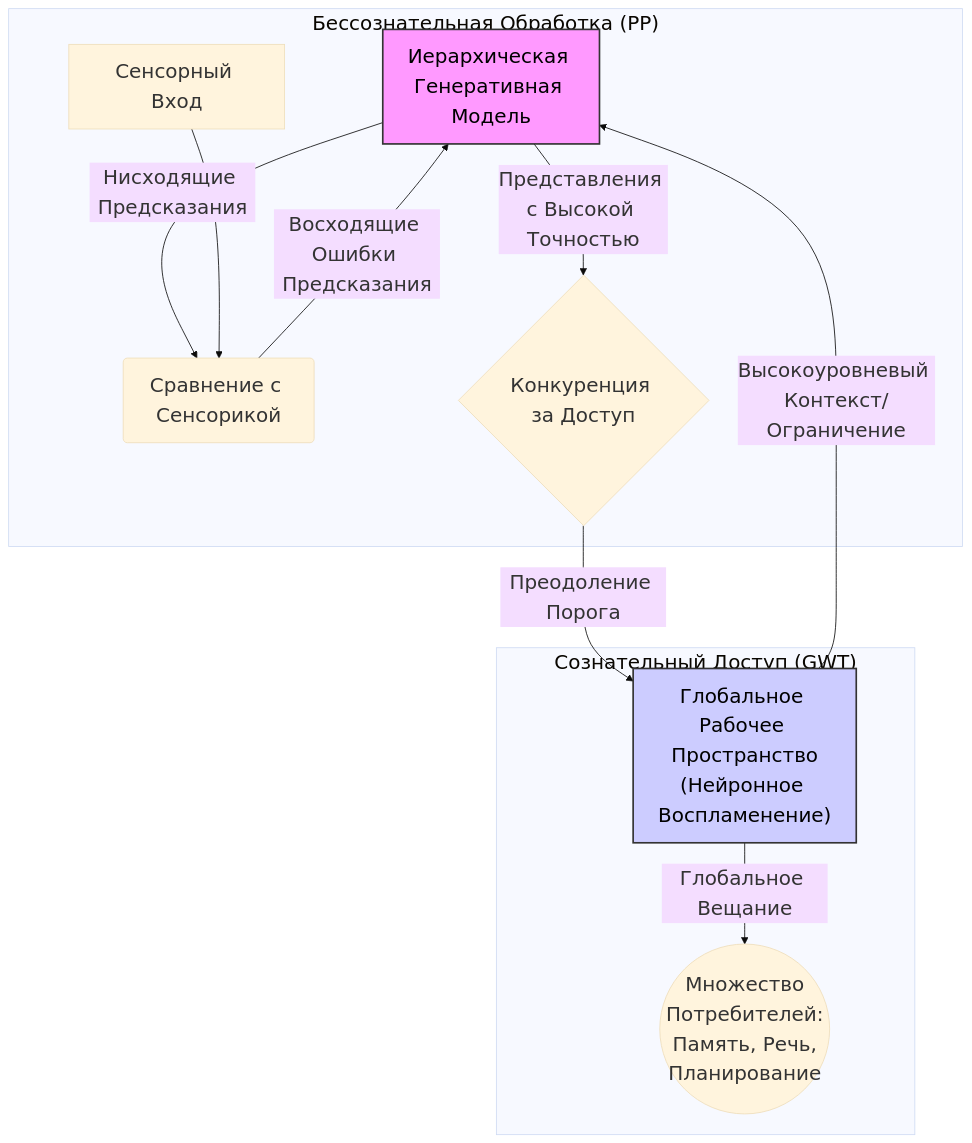
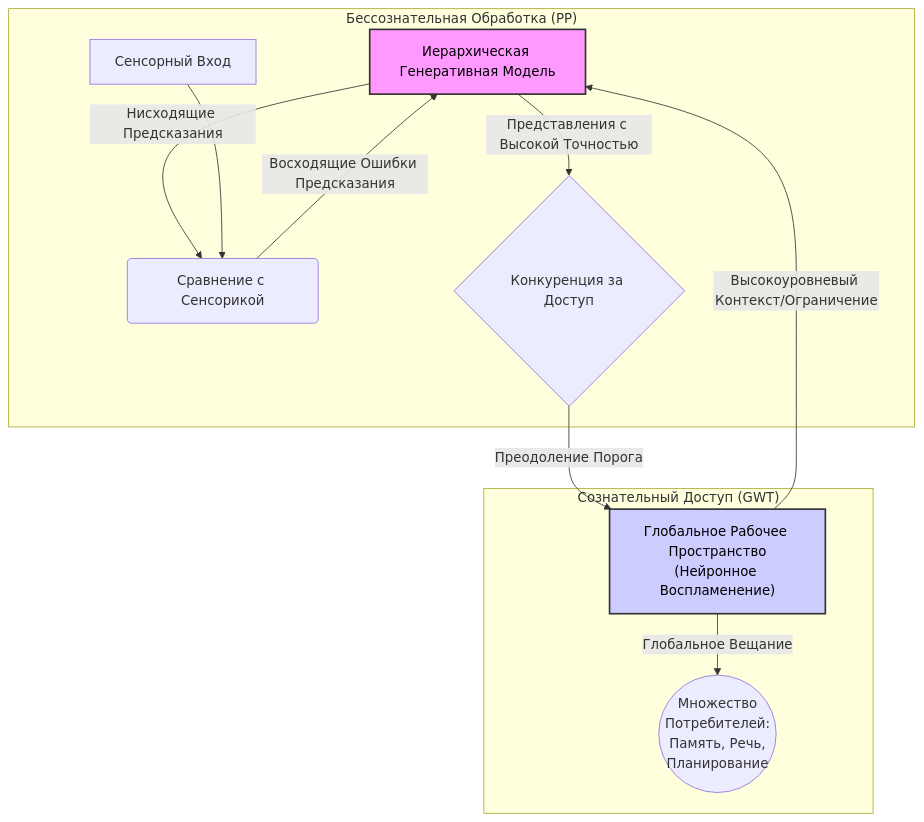
Before and after one commit to Antimortine/epet-course: the diagram in docs/module5/05-pp-gwt-interface.md, drawn with Mermaid. The commit also changed 2 other files, not shown here.

````diff
--- a/docs/module5/05-pp-gwt-interface.md
+++ b/docs/module5/05-pp-gwt-interface.md
@@ -45,28 +45,20 @@
 ```mermaid
-%%{
-  init: {
-    "theme": "base",
-    "themeVariables": {
-      "fontSize": "24px"
-    }
-  }
-}%%
 graph TD
     subgraph "Бессознательная Обработка (PP)"
         A[Иерархическая Генеративная Модель] -- "Нисходящие Предсказания" --> B(Сравнение с Сенсорикой);
         C[Сенсорный Вход] --> B;
         B -- "Восходящие Ошибки Предсказания" --> A;
         A -- "Представления с Высокой Точностью" --> D{Конкуренция за Доступ};
     end
 
     subgraph "Сознательный Доступ (GWT)"
         D -- "Преодоление Порога" --> E["Глобальное Рабочее Пространство<br>(Нейронное Воспламенение)"];
         E -- "Глобальное Вещание" --> F((Множество<br>Потребителей:<br>Память, Речь,<br>Планирование));
     end
 
     E -- "Высокоуровневый Контекст/Ограничение" --> A;
 
     %% --- Стили для контраста --- %%
     style A fill:#f9f,stroke:#333,stroke-width:2px,color:#000
     style E fill:#ccf,stroke:#333,stroke-width:2px,color:#000
 ```
````
